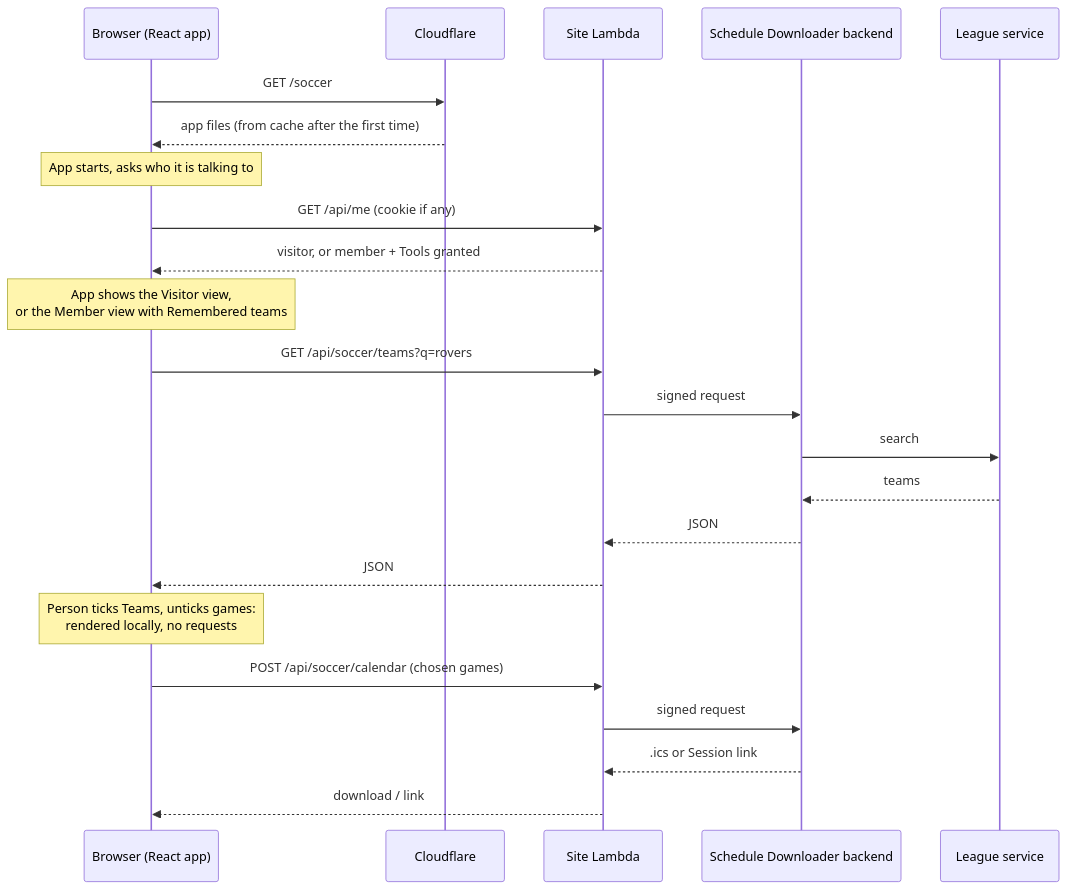
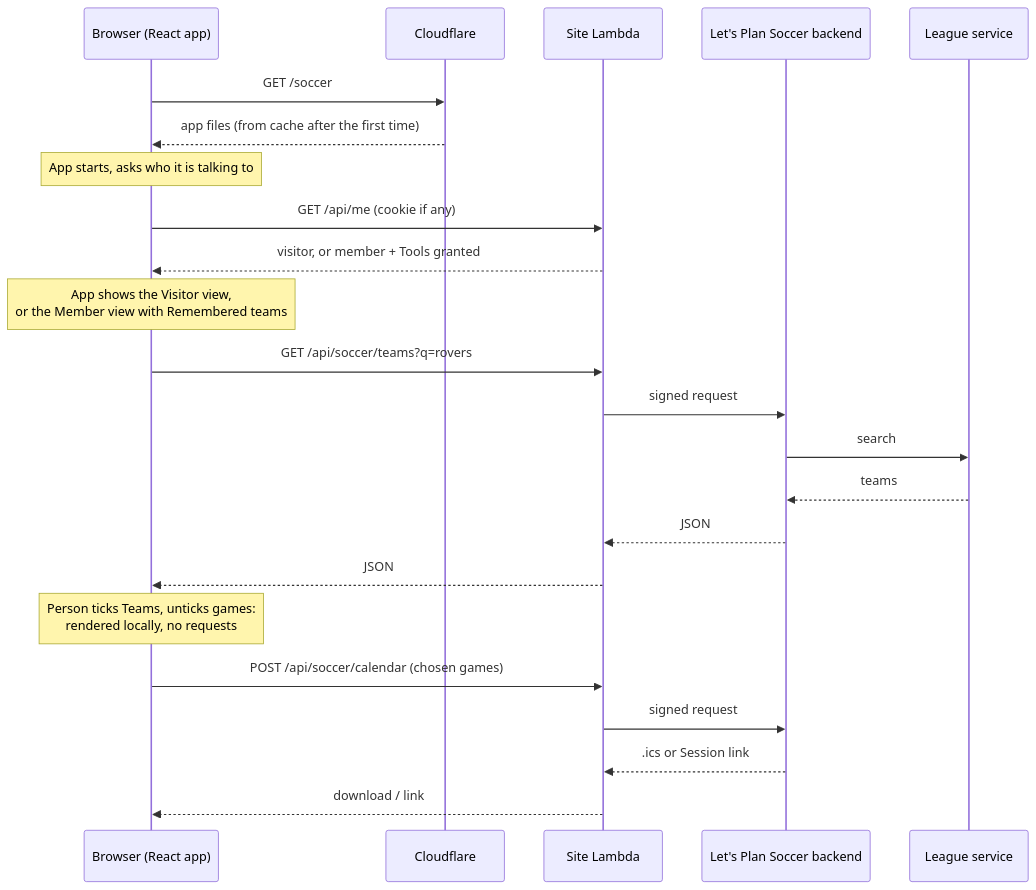
Before and after one commit to CraigDevJohnson/the-lobby: the third of 3 diagrams in docs/infrastructure.md, drawn with Mermaid. The commit also changed other lines of this file and 33 other files, not shown here.

First line of the commit message:
Rename the Schedule Downloader to Let's Plan Soccer

````diff
--- a/docs/infrastructure.md
+++ b/docs/infrastructure.md
@@ -73,26 +73,26 @@
 ```mermaid
 sequenceDiagram
     participant B as Browser (React app)
     participant CF as Cloudflare
     participant S as Site Lambda
-    participant SB as Schedule Downloader backend
+    participant SB as Let's Plan Soccer backend
     participant L as League service
 
     B->>CF: GET /soccer
     CF-->>B: app files (from cache after the first time)
     Note over B: App starts, asks who it is talking to
     B->>S: GET /api/me (cookie if any)
     S-->>B: visitor, or member + Tools granted
     Note over B: App shows the Visitor view,<br/>or the Member view with Remembered teams
     B->>S: GET /api/soccer/teams?q=rovers
     S->>SB: signed request
     SB->>L: search
     L-->>SB: teams
     SB-->>S: JSON
     S-->>B: JSON
     Note over B: Person ticks Teams, unticks games:<br/>rendered locally, no requests
     B->>S: POST /api/soccer/calendar (chosen games)
     S->>SB: signed request
     SB-->>S: .ics or Session link
     S-->>B: download / link
 ```
````
